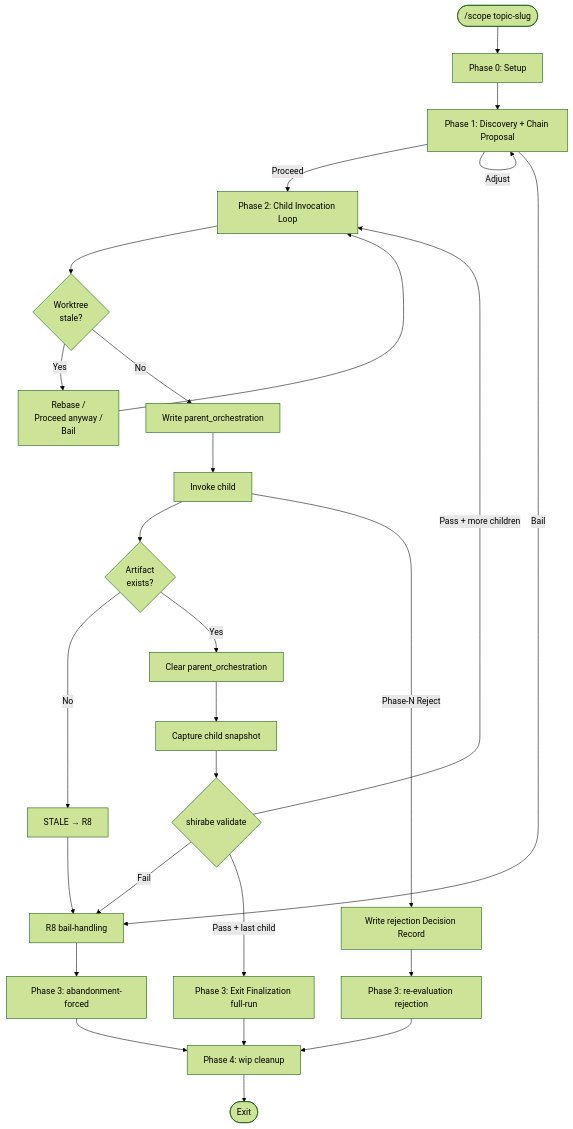
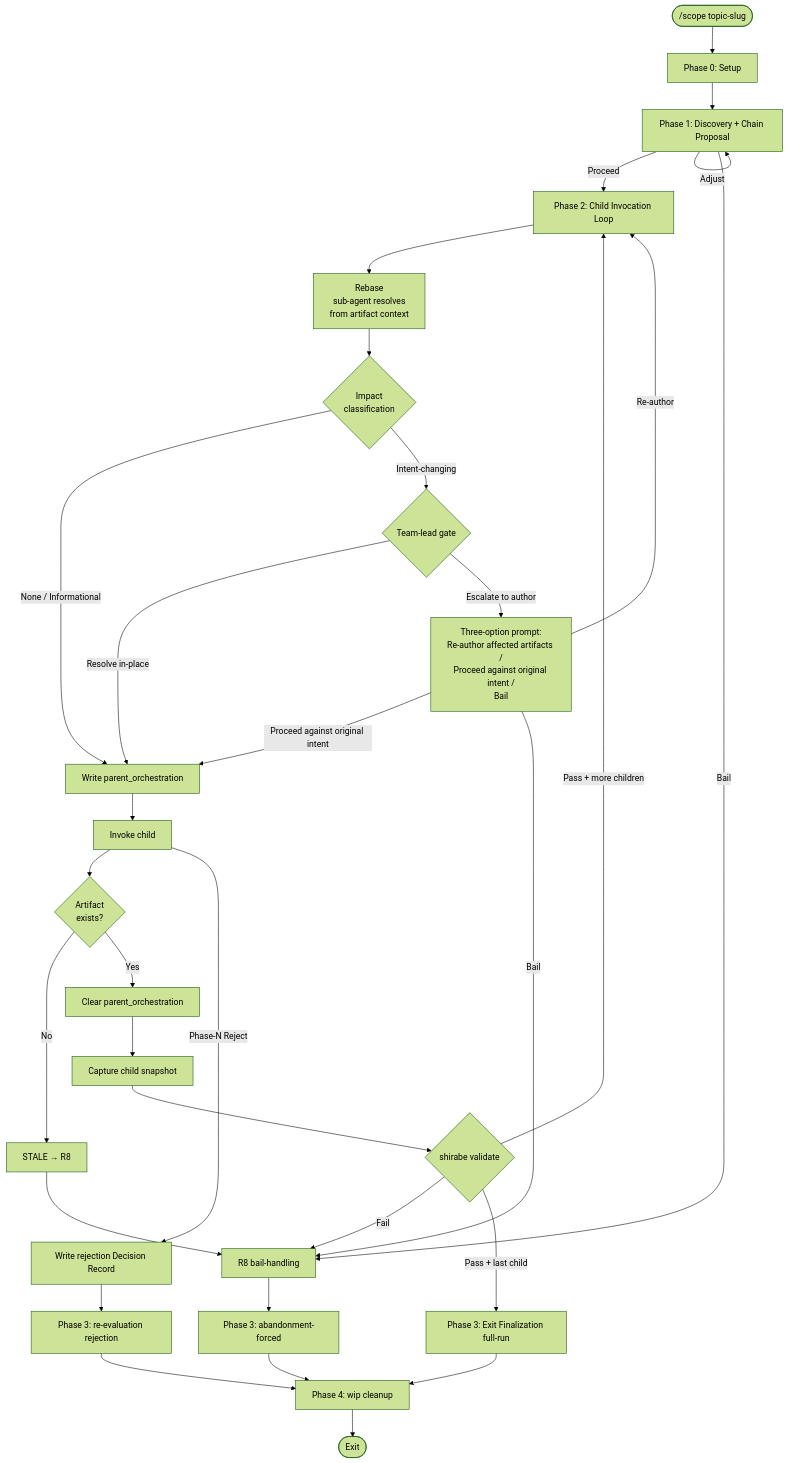
The diagram in docs/designs/DESIGN-shirabe-scope-skill.md (tsukumogami/shirabe), drawn with Mermaid (forest theme) before and after one commit. The commit also changed other lines of this file, not shown here.

Commit message:
docs(design): resolve residue from worktree-staleness rework

````diff
--- a/docs/designs/DESIGN-shirabe-scope-skill.md
+++ b/docs/designs/DESIGN-shirabe-scope-skill.md
@@ -1821,29 +1833,34 @@
 ```mermaid
 flowchart TD
     Invoke([/scope topic-slug]) --> P0[Phase 0: Setup]
     P0 --> P1[Phase 1: Discovery + Chain Proposal]
     P1 -->|Proceed| P2[Phase 2: Child Invocation Loop]
     P1 -->|Adjust| P1
     P1 -->|Bail| Bail[R8 bail-handling]
-    P2 --> WSC{Worktree<br/>stale?}
-    WSC -->|Yes| WSCP[Rebase /<br/>Proceed anyway /<br/>Bail]
-    WSCP --> P2
-    WSC -->|No| Write[Write parent_orchestration]
+    P2 --> Rebase[Rebase<br/>sub-agent resolves<br/>from artifact context]
+    Rebase --> Impact{Impact<br/>classification}
+    Impact -->|None / Informational| Write[Write parent_orchestration]
+    Impact -->|Intent-changing| TL{Team-lead gate}
+    TL -->|Resolve in-place| Write
+    TL -->|Escalate to author| AuthorPrompt[Three-option prompt:<br/>Re-author affected artifacts /<br/>Proceed against original intent /<br/>Bail]
+    AuthorPrompt -->|Re-author| P2
+    AuthorPrompt -->|Proceed against original intent| Write
+    AuthorPrompt -->|Bail| Bail
     Write --> Child[Invoke child]
     Child --> FE{Artifact<br/>exists?}
     FE -->|No| Stale[STALE → R8]
     Stale --> Bail
     FE -->|Yes| Clear[Clear parent_orchestration]
     Clear --> Snap[Capture child snapshot]
     Snap --> Val{shirabe validate}
     Val -->|Fail| Bail
     Val -->|Pass + more children| P2
     Val -->|Pass + last child| P3[Phase 3: Exit Finalization full-run]
     Child -->|Phase-N Reject| Rejection[Write rejection Decision Record]
     Rejection --> P3R[Phase 3: re-evaluation rejection]
     Bail --> P3B[Phase 3: abandonment-forced]
     P3 --> P4[Phase 4: wip cleanup]
     P3R --> P4
     P3B --> P4
     P4 --> ExitNode([Exit])
 ```
````
